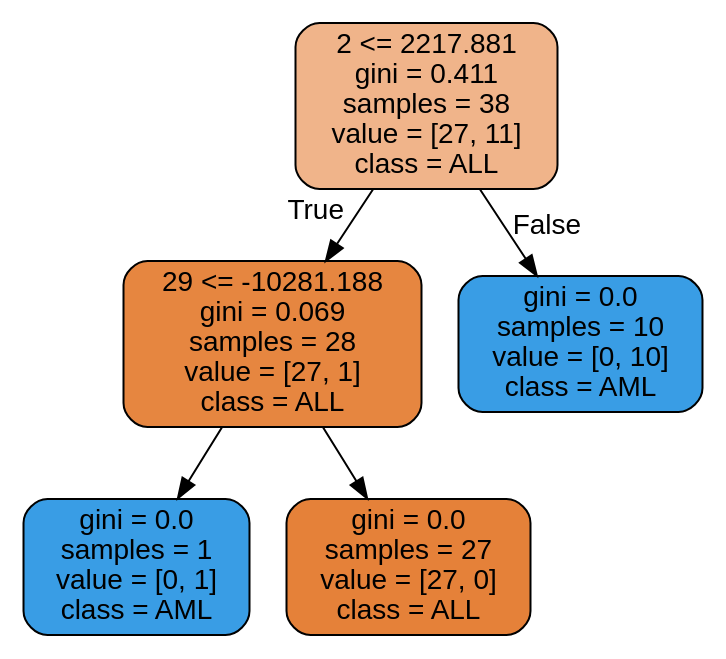
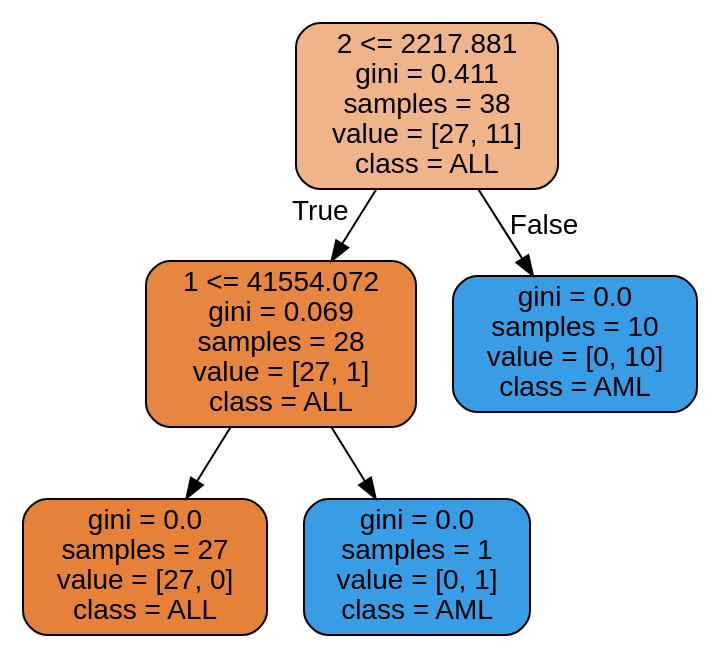
The diagram in project/images/decision_tree_gini.dot (CornelisseMichael/Datamining), drawn with Graphviz before and after one commit. The commit also changed 4 other files, not shown here.

```diff
--- a/project/images/decision_tree_gini.dot
+++ b/project/images/decision_tree_gini.dot
@@ -1,13 +1,13 @@
 digraph Tree {
 node [shape=box, style="filled, rounded", color="black", fontname=helvetica] ;
 edge [fontname=helvetica] ;
 0 [label="2 <= 2217.881\ngini = 0.411\nsamples = 38\nvalue = [27, 11]\nclass = ALL", fillcolor="#f0b48a"] ;
-1 [label="29 <= -10281.188\ngini = 0.069\nsamples = 28\nvalue = [27, 1]\nclass = ALL", fillcolor="#e68640"] ;
+1 [label="1 <= 41554.072\ngini = 0.069\nsamples = 28\nvalue = [27, 1]\nclass = ALL", fillcolor="#e68640"] ;
 0 -> 1 [labeldistance=2.5, labelangle=45, headlabel="True"] ;
-2 [label="gini = 0.0\nsamples = 1\nvalue = [0, 1]\nclass = AML", fillcolor="#399de5"] ;
+2 [label="gini = 0.0\nsamples = 27\nvalue = [27, 0]\nclass = ALL", fillcolor="#e58139"] ;
 1 -> 2 ;
-3 [label="gini = 0.0\nsamples = 27\nvalue = [27, 0]\nclass = ALL", fillcolor="#e58139"] ;
+3 [label="gini = 0.0\nsamples = 1\nvalue = [0, 1]\nclass = AML", fillcolor="#399de5"] ;
 1 -> 3 ;
 4 [label="gini = 0.0\nsamples = 10\nvalue = [0, 10]\nclass = AML", fillcolor="#399de5"] ;
 0 -> 4 [labeldistance=2.5, labelangle=-45, headlabel="False"] ;
 }
```
